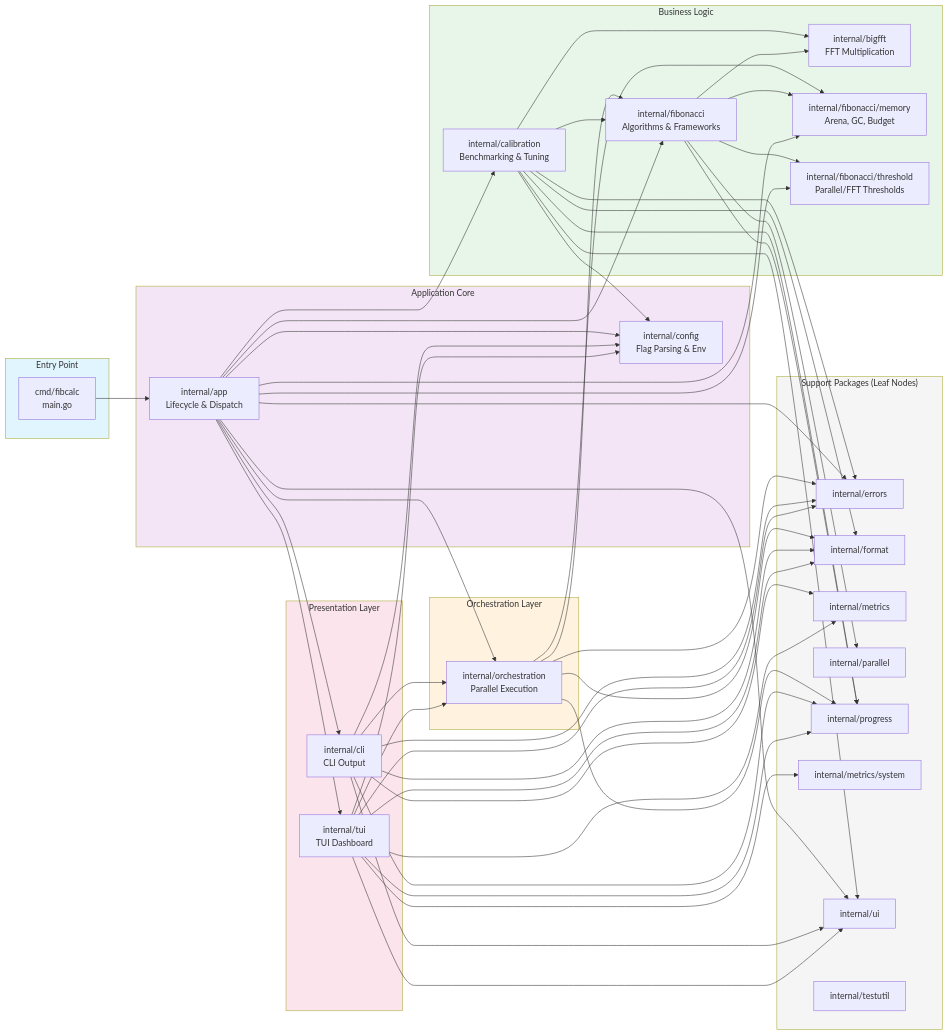
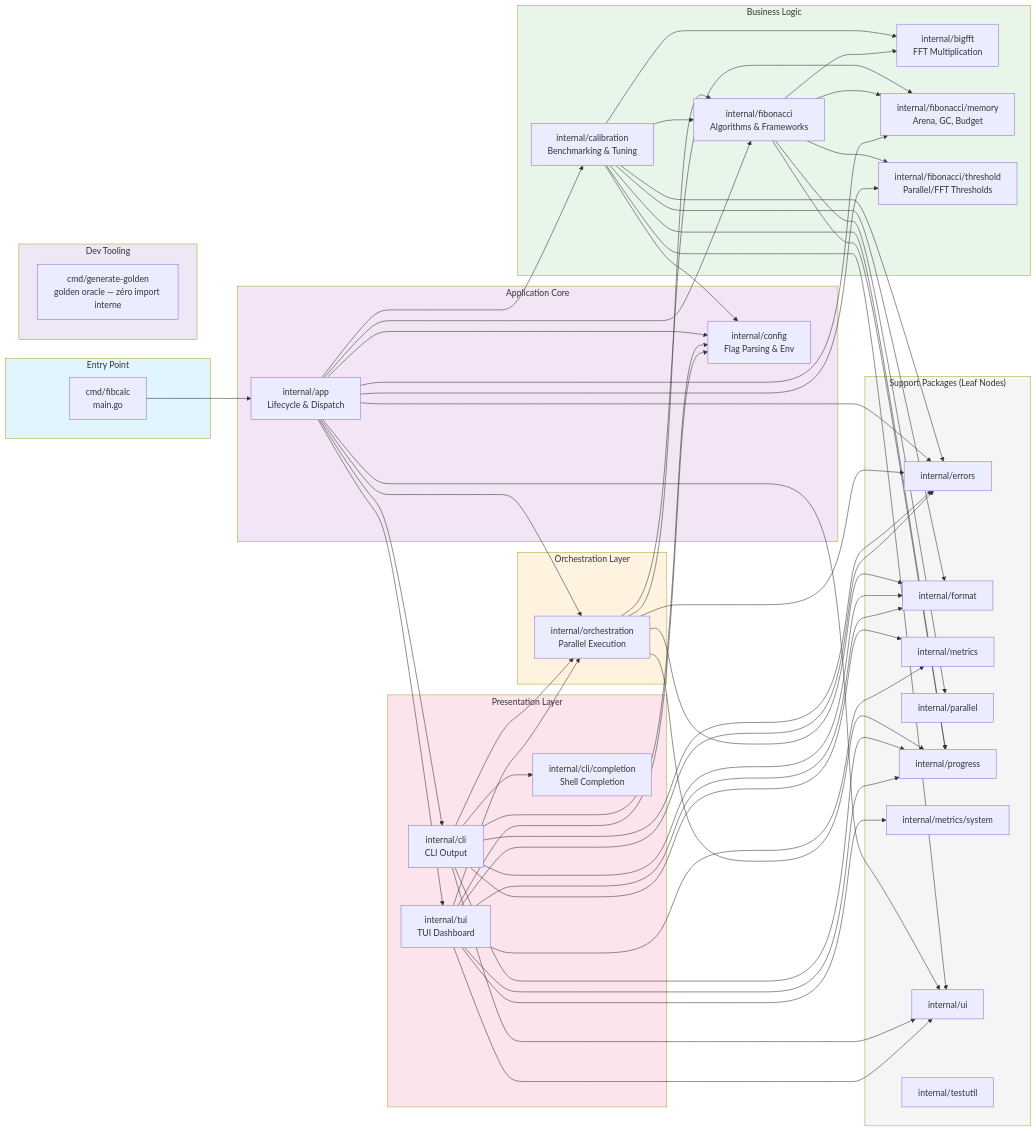
Before and after one commit to agbruneau/Fibonacci: the diagram in docs/architecture/dependency-graph.mermaid, drawn with Mermaid. The commit also changed 2 other files, not shown here.

Commit message:
docs(architecture): sync package docs with code via Docs Sweep loop
go list surfaced 3 real packages absent from the README package table and
dependency-graph.mermaid. Add the two production-relevant ones to both:
  - cmd/generate-golden: independent golden oracle (own math/big iterator,
    zero internal imports) — was invisible in the architecture docs.
  - internal/cli/completion: shell-completion subpackage flagged
    security-sensitive in CLAUDE.md — now shown with the real cli->completion edge.

tui/component deliberately NOT wired: it is imported by no internal package
(prod or test) — a dead-code candidate, flagged rather than given a fake edge.
container-diagram (C4 L2) and ARCH.md left as-is: coarse-by-abstraction and
already delegating counts to `make stats`.

Adds .claude/commands/docs-sweep.md — the reusable Docs Sweep loop definition.

```diff
--- a/docs/architecture/dependency-graph.mermaid
+++ b/docs/architecture/dependency-graph.mermaid
@@ -1,94 +1,101 @@
 flowchart LR
     subgraph Entry["Entry Point"]
         main["cmd/fibcalc<br/>main.go"]
+    end
+
+    subgraph Tooling["Dev Tooling"]
+        gen["cmd/generate-golden<br/>golden oracle — zéro import interne"]
     end
 
     subgraph Core["Application Core"]
         app["internal/app<br/>Lifecycle & Dispatch"]
         config["internal/config<br/>Flag Parsing & Env"]
     end
 
     subgraph Orchestration["Orchestration Layer"]
         orch["internal/orchestration<br/>Parallel Execution"]
     end
 
     subgraph Business["Business Logic"]
         fib["internal/fibonacci<br/>Algorithms & Frameworks"]
         bigfft["internal/bigfft<br/>FFT Multiplication"]
         calib["internal/calibration<br/>Benchmarking & Tuning"]
         fibmem["internal/fibonacci/memory<br/>Arena, GC, Budget"]
         fibthr["internal/fibonacci/threshold<br/>Parallel/FFT Thresholds"]
     end
 
     subgraph Presentation["Presentation Layer"]
         cli["internal/cli<br/>CLI Output"]
+        completion["internal/cli/completion<br/>Shell Completion"]
         tui["internal/tui<br/>TUI Dashboard"]
     end
 
     subgraph Support["Support Packages (Leaf Nodes)"]
         errors["internal/errors"]
         format["internal/format"]
         metrics["internal/metrics"]
         parallel["internal/parallel"]
         progress["internal/progress"]
         sysmon["internal/metrics/system"]
         ui["internal/ui"]
         testutil["internal/testutil"]
     end
 
     main --> app
     app --> config
     app --> orch
     app --> cli
     app --> tui
     app --> calib
     app --> fib
     app --> errors
     app --> ui
 
     orch --> fib
     orch --> errors
     orch --> progress
     orch --> fibmem
     orch --> format
 
     calib --> fib
     calib --> bigfft
     calib --> config
     calib --> errors
     calib --> format
     calib --> ui
     calib --> progress
 
     fib --> bigfft
     fib --> parallel
     fib --> progress
     fib --> fibmem
     fib --> fibthr
 
+    cli --> completion
     cli --> format
     cli --> errors
     cli --> metrics
     cli --> ui
     cli --> orch
     cli --> config
     cli --> progress
 
     tui --> format
     tui --> metrics
     tui --> sysmon
     tui --> ui
     tui --> errors
     tui --> config
     tui --> orch
     tui --> progress
 
     app --> fibmem
     app --> fibthr
 
     style Entry fill:#e1f5fe
+    style Tooling fill:#ede7f6
     style Core fill:#f3e5f5
     style Orchestration fill:#fff3e0
     style Business fill:#e8f5e9
     style Presentation fill:#fce4ec
     style Support fill:#f5f5f5
```
